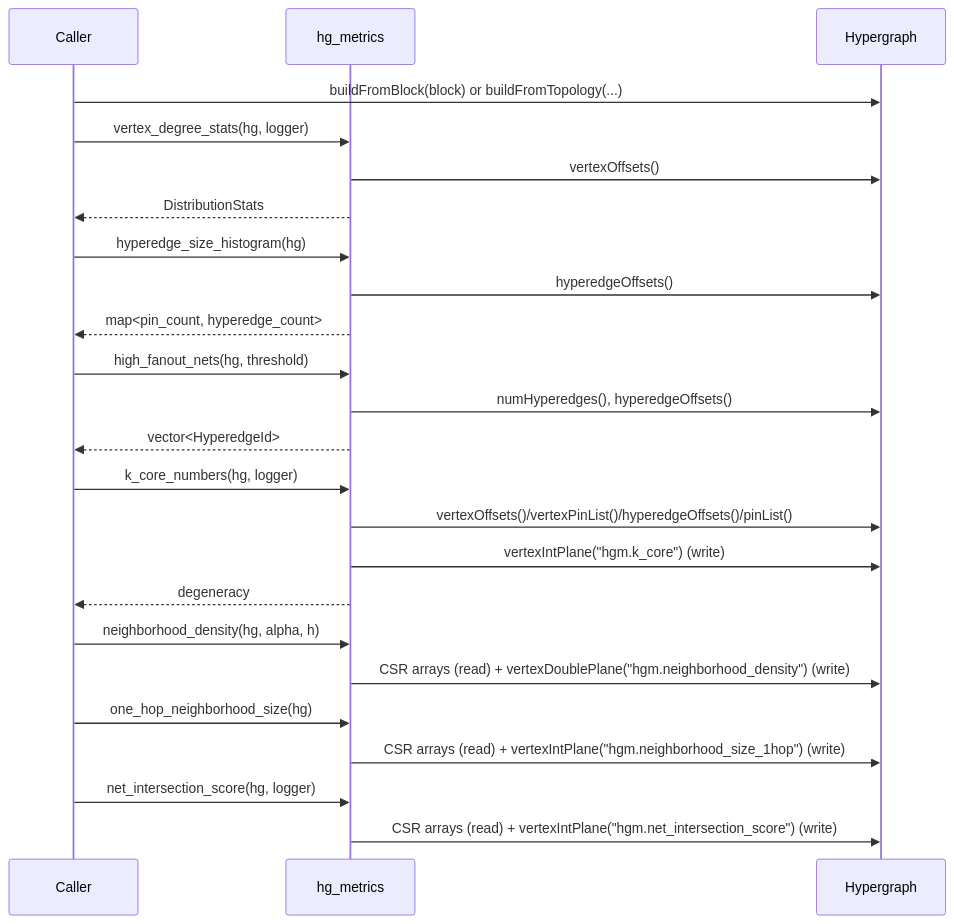
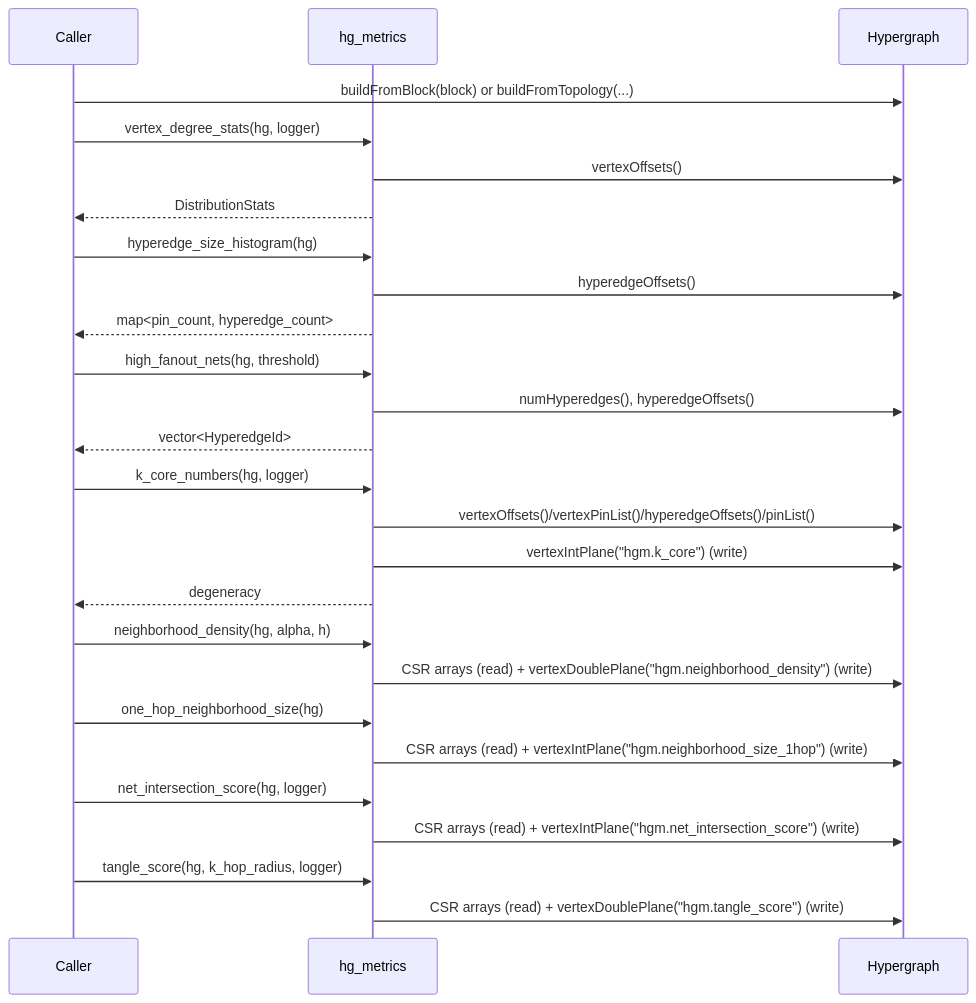
Diagram 12 of 12 in src/hg_metrics/FLOW.md (rfive88/eda-lab), drawn with Mermaid before and after one commit. The commit also changed other lines of this file and 4 other files, not shown here.

First line of the commit message:
hg_metrics: C4 local Rent tangle score

````diff
--- a/src/hg_metrics/FLOW.md
+++ b/src/hg_metrics/FLOW.md
@@ -244,27 +299,29 @@
 ```mermaid
 sequenceDiagram
     participant Caller
     participant hg_metrics
     participant Hypergraph
 
     Caller->>Hypergraph: buildFromBlock(block) or buildFromTopology(...)
     Caller->>hg_metrics: vertex_degree_stats(hg, logger)
     hg_metrics->>Hypergraph: vertexOffsets()
     hg_metrics-->>Caller: DistributionStats
     Caller->>hg_metrics: hyperedge_size_histogram(hg)
     hg_metrics->>Hypergraph: hyperedgeOffsets()
     hg_metrics-->>Caller: map<pin_count, hyperedge_count>
     Caller->>hg_metrics: high_fanout_nets(hg, threshold)
     hg_metrics->>Hypergraph: numHyperedges(), hyperedgeOffsets()
     hg_metrics-->>Caller: vector<HyperedgeId>
     Caller->>hg_metrics: k_core_numbers(hg, logger)
     hg_metrics->>Hypergraph: vertexOffsets()/vertexPinList()/hyperedgeOffsets()/pinList()
     hg_metrics->>Hypergraph: vertexIntPlane("hgm.k_core") (write)
     hg_metrics-->>Caller: degeneracy
     Caller->>hg_metrics: neighborhood_density(hg, alpha, h)
     hg_metrics->>Hypergraph: CSR arrays (read) + vertexDoublePlane("hgm.neighborhood_density") (write)
     Caller->>hg_metrics: one_hop_neighborhood_size(hg)
     hg_metrics->>Hypergraph: CSR arrays (read) + vertexIntPlane("hgm.neighborhood_size_1hop") (write)
     Caller->>hg_metrics: net_intersection_score(hg, logger)
     hg_metrics->>Hypergraph: CSR arrays (read) + vertexIntPlane("hgm.net_intersection_score") (write)
+    Caller->>hg_metrics: tangle_score(hg, k_hop_radius, logger)
+    hg_metrics->>Hypergraph: CSR arrays (read) + vertexDoublePlane("hgm.tangle_score") (write)
 ```
````
